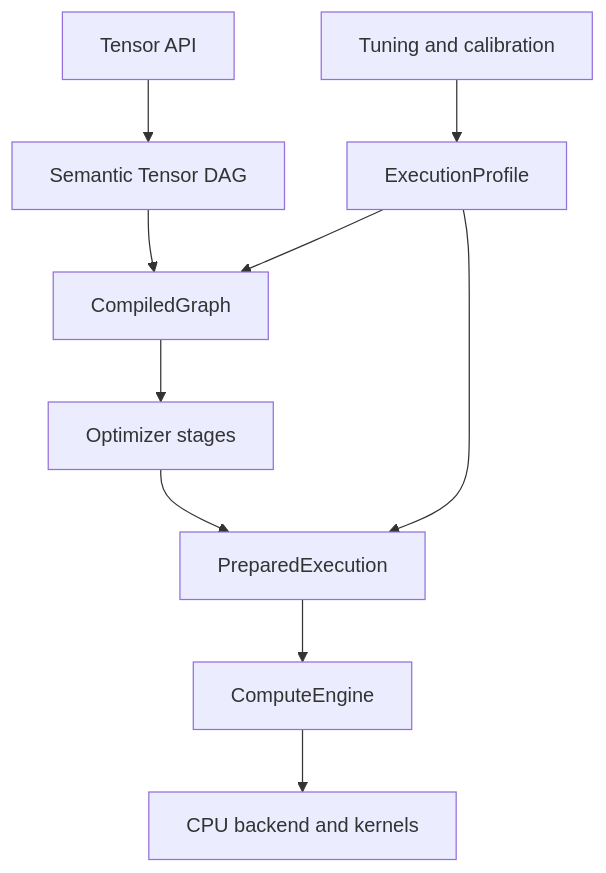
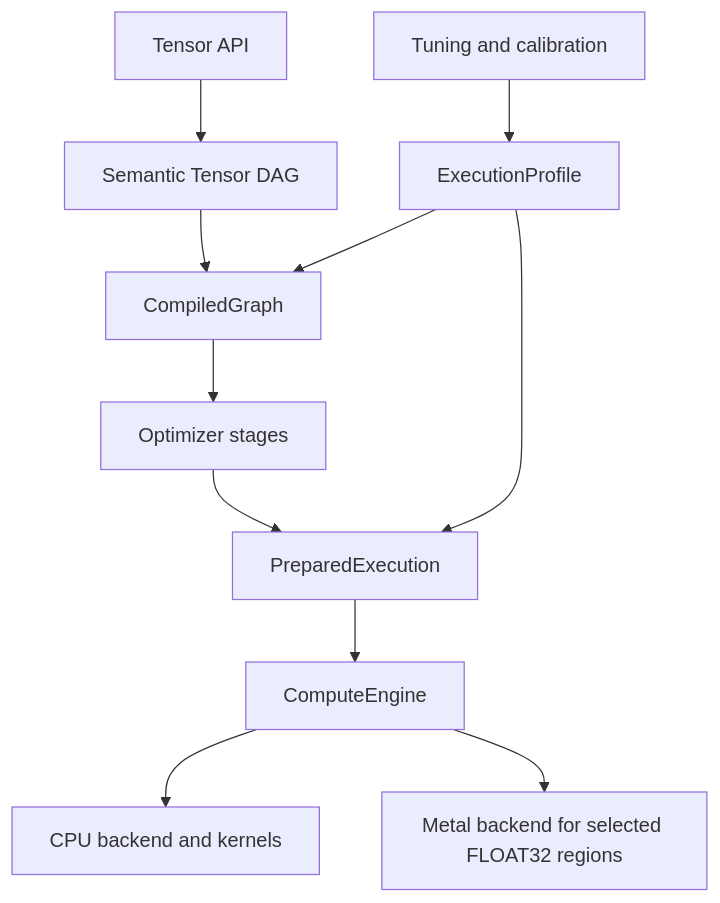
One commit to pho001/Synaptik changed the first of 2 diagrams in docs/framework-concepts.md. Above: the diagram before and after it, drawn with Mermaid. The commit also changed other lines of this file and 14 other files, not shown here.

Commit message:
docs: document metal backend internals

````diff
--- a/docs/framework-concepts.md
+++ b/docs/framework-concepts.md
@@ -10,12 +10,13 @@
 ```mermaid
 flowchart TD
     A[Tensor API] --> B[Semantic Tensor DAG]
     B --> C[CompiledGraph]
     C --> D[Optimizer stages]
     D --> E[PreparedExecution]
     E --> F[ComputeEngine]
     F --> G[CPU backend and kernels]
+    F --> J[Metal backend for selected FLOAT32 regions]
     H[ExecutionProfile] --> C
     H --> E
     I[Tuning and calibration] --> H
 ```
````
